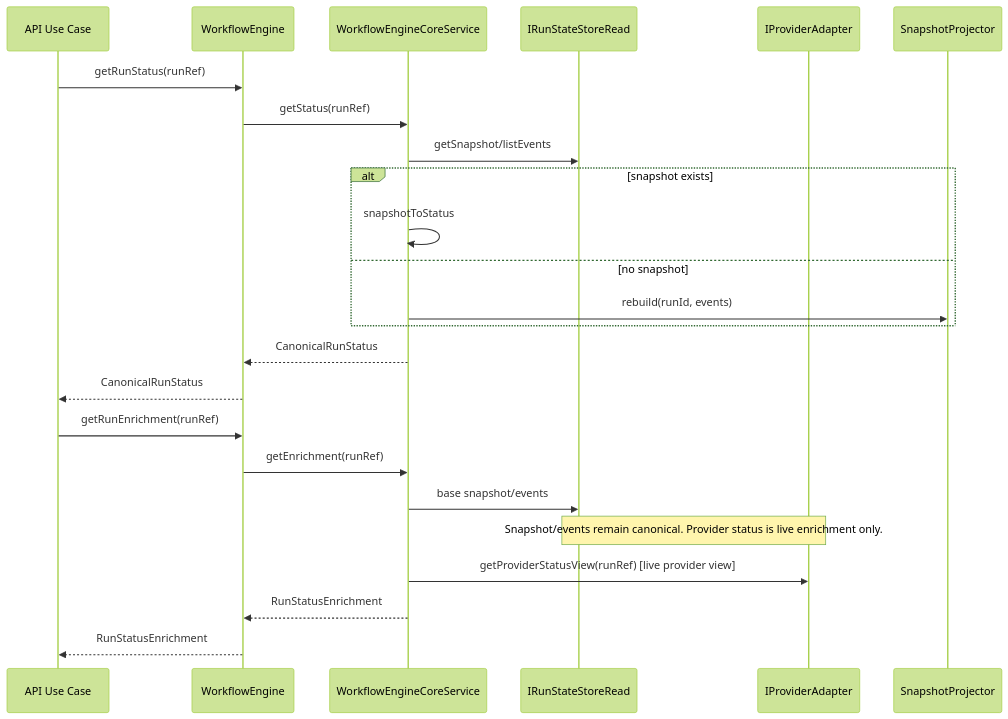
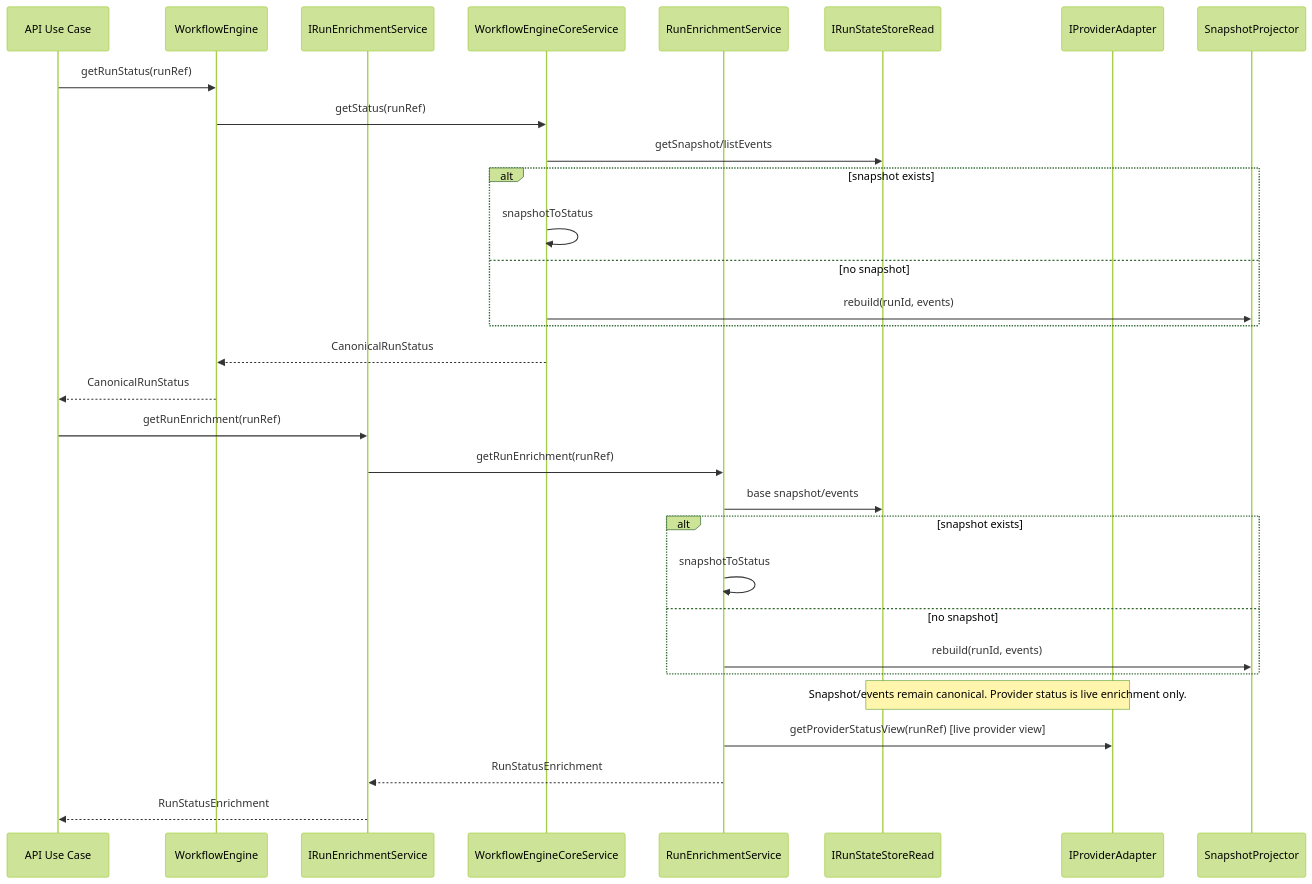
One commit to dunay2/dvt changed the fourth of 5 diagrams in docs/architecture/components/engine/architecture/workflow-engine-subsystem-context.md. Above: the diagram before and after it, drawn with Mermaid (forest theme). The commit also changed other lines of this file and 39 other files, not shown here.

Commit message:
refactor(engine): Split run enrichment out of engine facade

````diff
--- a/docs/architecture/components/engine/architecture/workflow-engine-subsystem-context.md
+++ b/docs/architecture/components/engine/architecture/workflow-engine-subsystem-context.md
@@ -163,28 +173,35 @@
 ```mermaid
 sequenceDiagram
   participant Client as API Use Case
   participant Engine as WorkflowEngine
+  participant Enrich as IRunEnrichmentService
   participant Core as WorkflowEngineCoreService
+  participant EnrichSvc as RunEnrichmentService
   participant State as IRunStateStoreRead
   participant Adapter as IProviderAdapter
   participant Projector as SnapshotProjector
 
   Client->>Engine: getRunStatus(runRef)
   Engine->>Core: getStatus(runRef)
   Core->>State: getSnapshot/listEvents
   alt snapshot exists
     Core->>Core: snapshotToStatus
   else no snapshot
     Core->>Projector: rebuild(runId, events)
   end
   Core-->>Engine: CanonicalRunStatus
   Engine-->>Client: CanonicalRunStatus
 
-  Client->>Engine: getRunEnrichment(runRef)
-  Engine->>Core: getEnrichment(runRef)
-  Core->>State: base snapshot/events
+  Client->>Enrich: getRunEnrichment(runRef)
+  Enrich->>EnrichSvc: getRunEnrichment(runRef)
+  EnrichSvc->>State: base snapshot/events
+  alt snapshot exists
+    EnrichSvc->>EnrichSvc: snapshotToStatus
+  else no snapshot
+    EnrichSvc->>Projector: rebuild(runId, events)
+  end
   Note over State,Adapter: Snapshot/events remain canonical. Provider status is live enrichment only.
-  Core->>Adapter: getProviderStatusView(runRef) [live provider view]
-  Core-->>Engine: RunStatusEnrichment
-  Engine-->>Client: RunStatusEnrichment
+  EnrichSvc->>Adapter: getProviderStatusView(runRef) [live provider view]
+  EnrichSvc-->>Enrich: RunStatusEnrichment
+  Enrich-->>Client: RunStatusEnrichment
 ```
````
